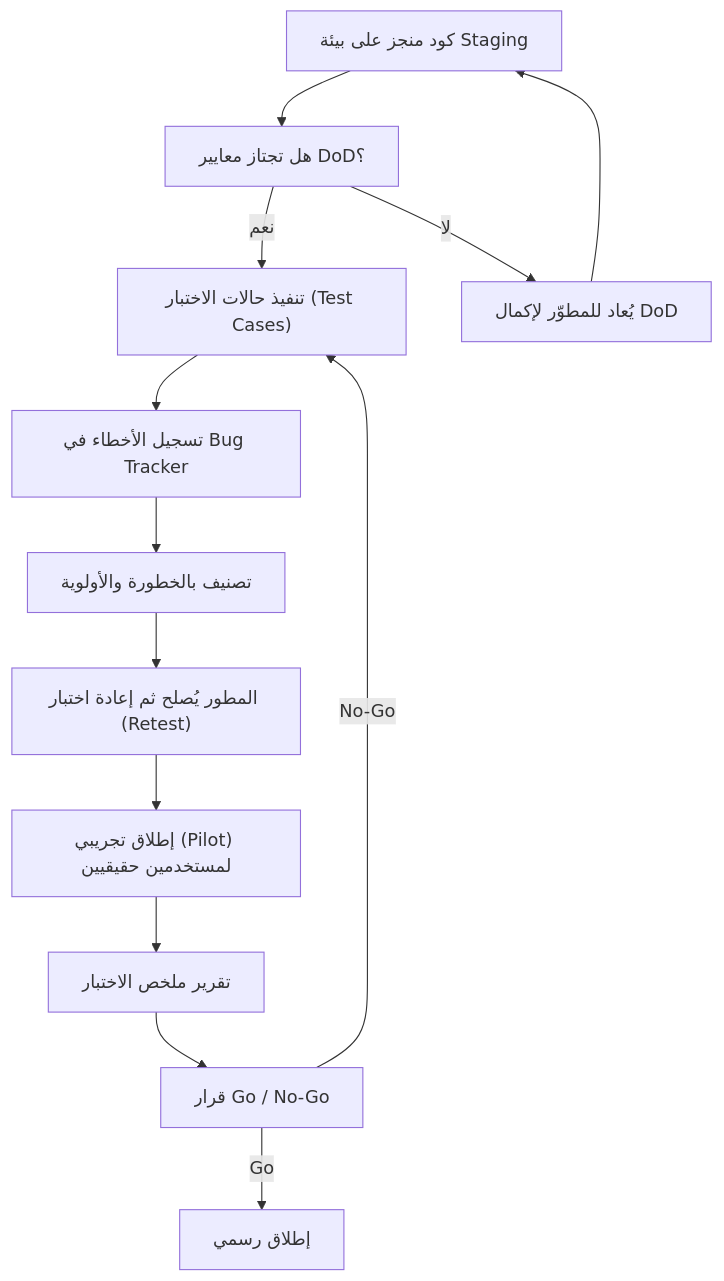
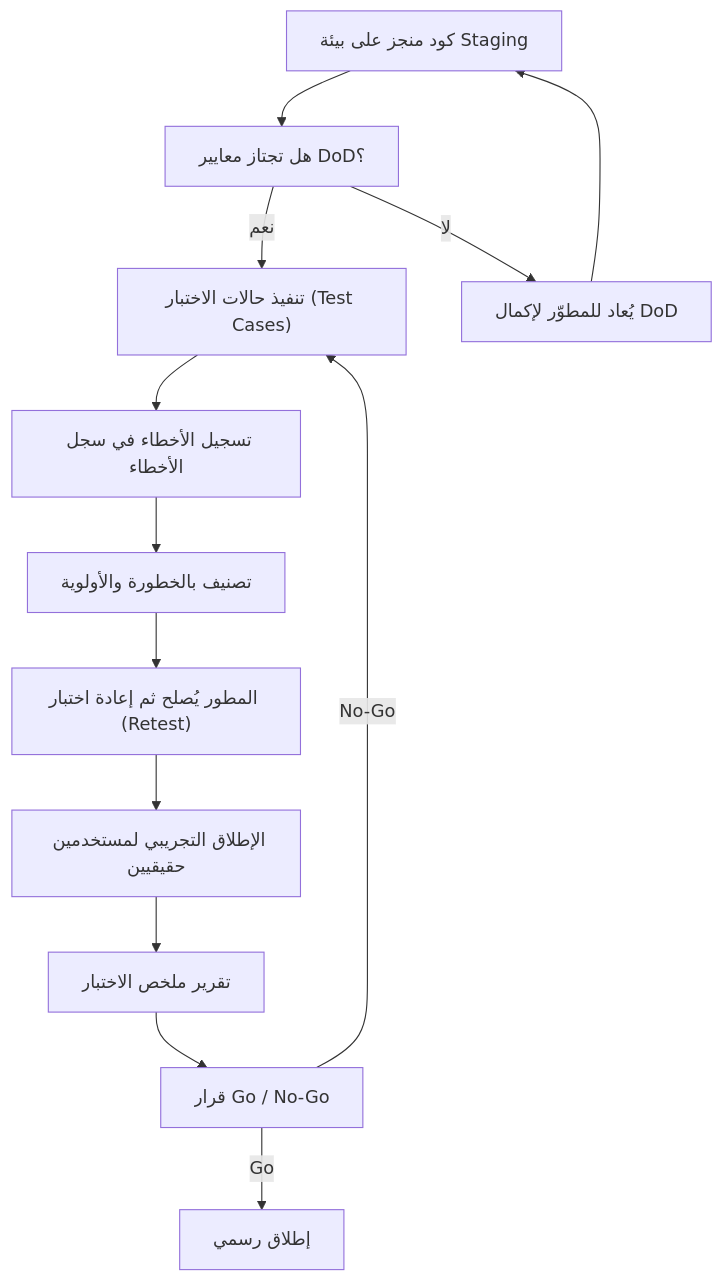
The first of 2 diagrams in content/دراسات الحالة/Afia Case Study/05 - الجودة والاختبار.md (MohammedFattay/Project_Management_Notes), drawn with Mermaid before and after one commit. The commit also changed other lines of this file and 184 other files, not shown here.

````diff
--- a/content/دراسات الحالة/Afia Case Study/05 - الجودة والاختبار.md
+++ b/content/دراسات الحالة/Afia Case Study/05 - الجودة والاختبار.md
@@ -61,15 +91,15 @@
 ```mermaid
 flowchart TD
     A["كود منجز على بيئة Staging"] --> B["هل تجتاز معايير DoD؟"]
     B -->|"نعم"| C["تنفيذ حالات الاختبار (Test Cases)"]
     B -->|"لا"| B2["يُعاد للمطوّر لإكمال DoD"]
     B2 --> A
-    C --> D["تسجيل الأخطاء في Bug Tracker"]
+    C --> D["تسجيل الأخطاء في سجل الأخطاء"]
     D --> E["تصنيف بالخطورة والأولوية"]
     E --> F["المطور يُصلح ثم إعادة اختبار (Retest)"]
-    F --> G["إطلاق تجريبي (Pilot) لمستخدمين حقيقيين"]
+    F --> G["الإطلاق التجريبي لمستخدمين حقيقيين"]
     G --> H["تقرير ملخص الاختبار"]
     H --> I["قرار Go / No-Go"]
     I -->|"Go"| J["إطلاق رسمي"]
     I -->|"No-Go"| C
 ```
````
